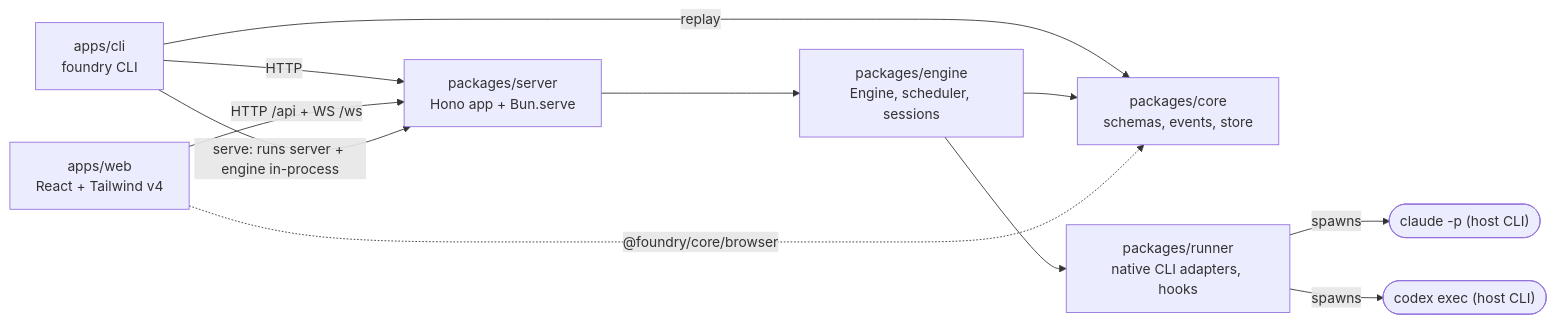
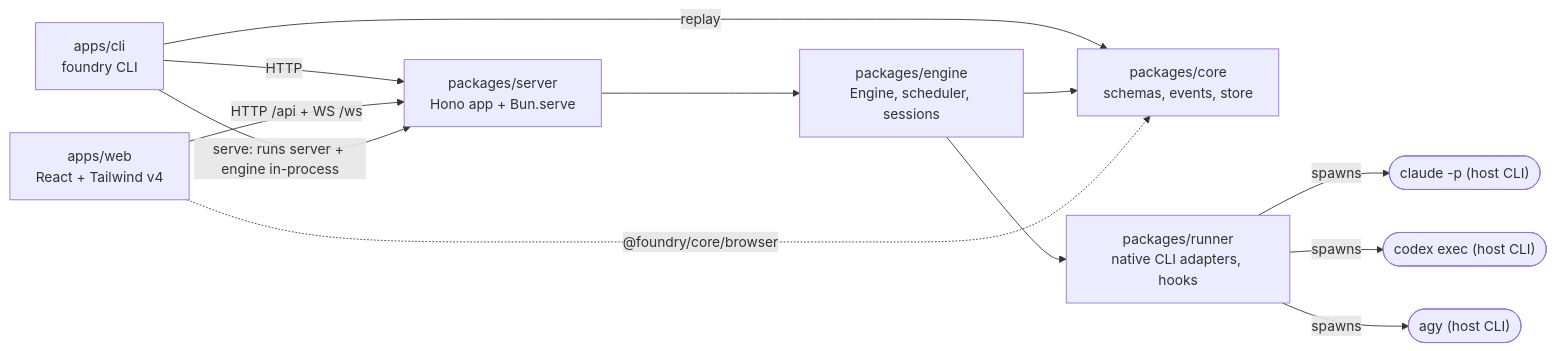
Before and after one commit to louiskhenghao/Foundry: the first of 3 diagrams in docs/develop/architecture.md, drawn with Mermaid. The commit also changed other lines of this file and 20 other files, not shown here.

````diff
--- a/docs/develop/architecture.md
+++ b/docs/develop/architecture.md
@@ -7,15 +7,16 @@
 ```mermaid
 flowchart LR
   cli["apps/cli<br/>foundry CLI"] -->|HTTP| server
   web["apps/web<br/>React + Tailwind v4"] -->|HTTP /api + WS /ws| server
   cli -->|serve: runs server + engine in-process| server
   cli -->|replay| core
   server["packages/server<br/>Hono app + Bun.serve"] --> engine
   engine["packages/engine<br/>Engine, scheduler, sessions"] --> core
   engine --> runner
   runner["packages/runner<br/>native CLI adapters, hooks"]
   core["packages/core<br/>schemas, events, store"]
   web -.->|"@foundry/core/browser"| core
   runner -->|spawns| claude(["claude -p (host CLI)"])
   runner -->|spawns| codex(["codex exec (host CLI)"])
+  runner -->|spawns| agy(["agy (host CLI)"])
 ```
````
